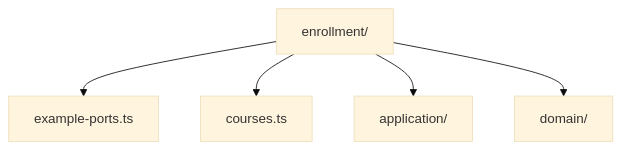
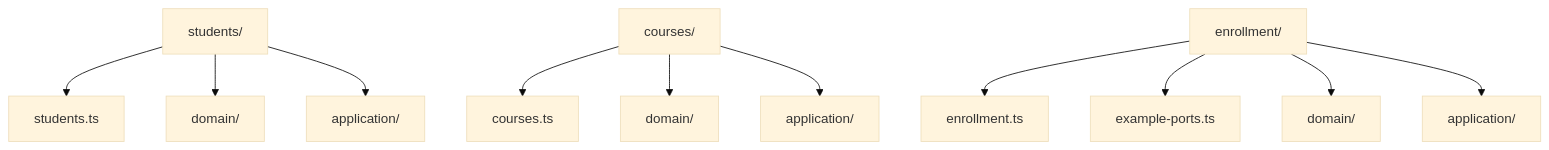
The second of 2 diagrams in docs/context-ports.md (virtualitems/tshex-cli), drawn with Mermaid (base theme) before and after one commit. The commit also changed other lines of this file and 15 other files, not shown here.

First line of the commit message:
docs: align architecture guides with context boundaries

````diff
--- a/docs/context-ports.md
+++ b/docs/context-ports.md
@@ -148,7 +250,15 @@
 ```mermaid
 flowchart TD
-    enrollment["enrollment/"] --> examplePort["example-ports.ts"]
-    enrollment --> courses["courses.ts"]
-    enrollment --> application["application/"]
-    enrollment --> domain["domain/"]
+    students["students/"] --> roster["students.ts"]
+    students --> studentsDomain["domain/"]
+    students --> studentsApp["application/"]
+
+    courses["courses/"] --> catalog["courses.ts"]
+    courses --> coursesDomain["domain/"]
+    courses --> coursesApp["application/"]
+
+    enrollment["enrollment/"] --> enrollmentPort["enrollment.ts"]
+    enrollment --> examplePort["example-ports.ts"]
+    enrollment --> enrollmentDomain["domain/"]
+    enrollment --> enrollmentApp["application/"]
 ```
````
